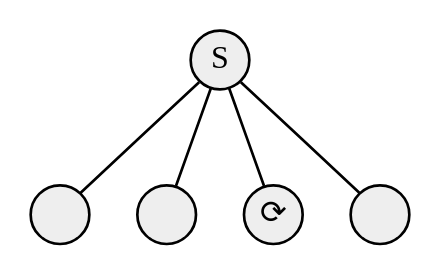
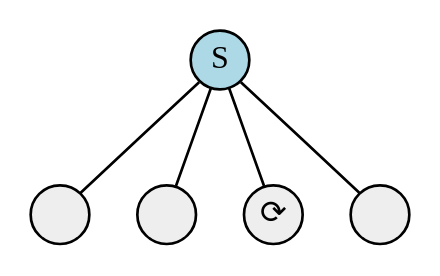
One commit to dont-rely-on-nulls/gambiconf-2025 changed the fifth of 18 diagrams in presentation.org. Above: the diagram before and after it, drawn with Graphviz. The commit also changed other lines of this file and 19 other files, not shown here.

```diff
--- a/presentation.org
+++ b/presentation.org
@@ -341,30 +341,30 @@
     #+BEGIN_SRC dot :file ./img/erlang_supervisor_o4o_2.png :cmdline -Kdot -Tpng :exports results
     graph g {
-            ratio=fill
-            splines=spline
-            overlap=scale
+      ratio=fill
+      splines=spline
+      overlap=scale
 
-            node [
-            label="", 
-            xlabel="",
-            shape=circle,
-            fixedsize=true,
-            width=0.3,
-            color="black",
-            fillcolor="#eeeeee",
-            style="filled,solid",
-            fontsize=12
-            ]
+      node [
+        label="", 
+        xlabel="",
+        shape=circle,
+        fixedsize=true,
+        width=0.3,
+        color="black",
+        fillcolor="#eeeeee",
+        style="filled,solid",
+        fontsize=12
+      ]
 
-            sup [label="S", pos="1,1"]
-            w1 [pos="0,0"]
-            w2 [pos="0,1"]
-            w3 [label="⟳", pos="0,2"]
-            w4 [pos="0,3"]
+      sup [label="S", pos="1,1", fillcolor="lightblue"]
+      w1 [pos="0,0"]
+      w2 [pos="0,1"]
+      w3 [label="⟳", pos="0,2"]
+      w4 [pos="0,3"]
 
-            sup -- w1
-            sup -- w2
-            sup -- w3
-            sup -- w4
+      sup -- w1
+      sup -- w2
+      sup -- w3
+      sup -- w4
     }
     #+END_SRC
```
